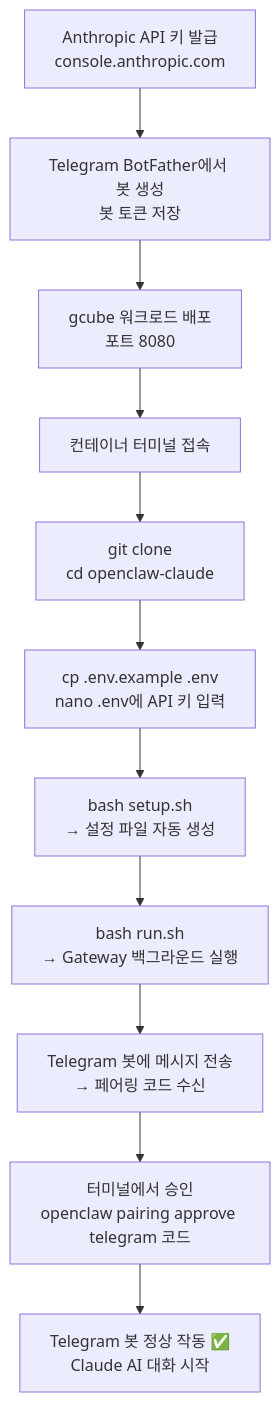
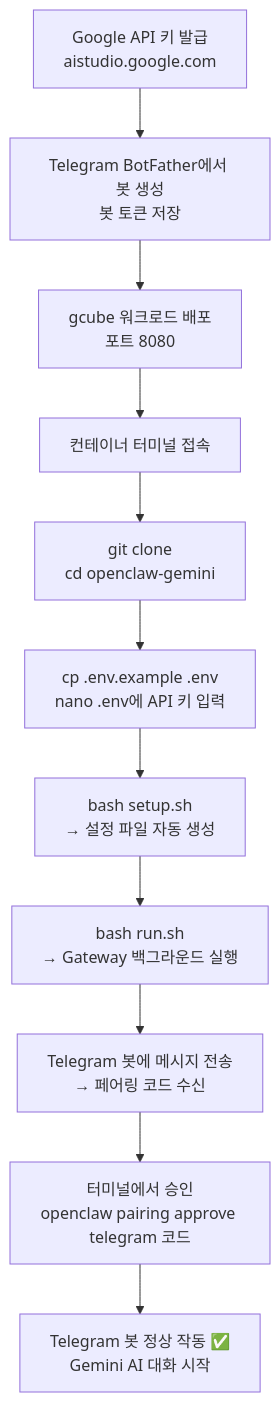
The diagram in README.md (chaeyoon-08/openclaw-gemini), drawn with Mermaid before and after one commit. The commit also changed other lines of this file and 5 other files, not shown here.

Commit message:
feat: Gemini API 기반 openclaw-gemini 초기 설정

````diff
--- a/README.md
+++ b/README.md
@@ -10,14 +10,14 @@
 ```mermaid
 flowchart TD
-    A[Anthropic API 키 발급<br/>console.anthropic.com] --> B
+    A[Google API 키 발급<br/>aistudio.google.com] --> B
     B[Telegram BotFather에서 봇 생성<br/>봇 토큰 저장] --> C
     C[gcube 워크로드 배포<br/>포트 8080] --> D
     D[컨테이너 터미널 접속] --> E
-    E[git clone<br/>cd openclaw-claude] --> F
+    E[git clone<br/>cd openclaw-gemini] --> F
     F[cp .env.example .env<br/>nano .env에 API 키 입력] --> G
     G[bash setup.sh<br/>→ 설정 파일 자동 생성] --> H
     H[bash run.sh<br/>→ Gateway 백그라운드 실행] --> I
     I[Telegram 봇에 메시지 전송<br/>→ 페어링 코드 수신] --> J
     J[터미널에서 승인<br/>openclaw pairing approve telegram 코드] --> K
-    K[Telegram 봇 정상 작동 ✅<br/>Claude AI 대화 시작]
+    K[Telegram 봇 정상 작동 ✅<br/>Gemini AI 대화 시작]
 ```
````
